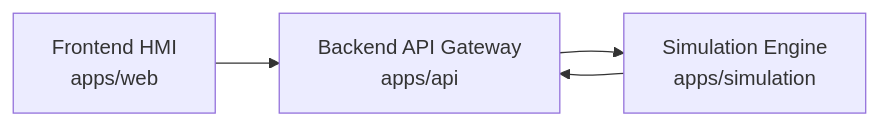
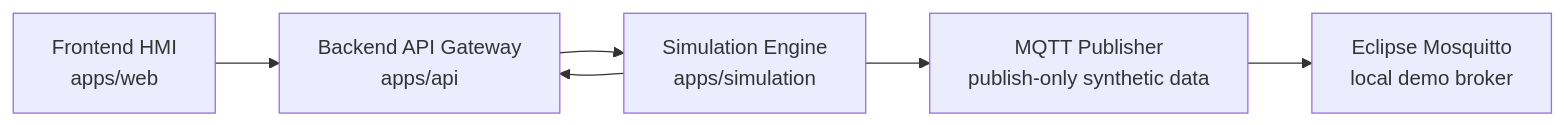
Before and after one commit to dimbo1324/smr-digital-twin-platform-r: the first of 9 diagrams in docs/architecture.md, drawn with Mermaid. The commit also changed other lines of this file and 47 other files, not shown here.

Commit message:
feat: add simulation mqtt bridge

````diff
--- a/docs/architecture.md
+++ b/docs/architecture.md
@@ -5,6 +5,8 @@
 ```mermaid
 flowchart LR
     Web["Frontend HMI<br/>apps/web"] --> API["Backend API Gateway<br/>apps/api"]
     API --> Simulation["Simulation Engine<br/>apps/simulation"]
     Simulation --> API
+    Simulation --> MQTT["MQTT Publisher<br/>publish-only synthetic data"]
+    MQTT --> Broker["Eclipse Mosquitto<br/>local demo broker"]
 ```
````
